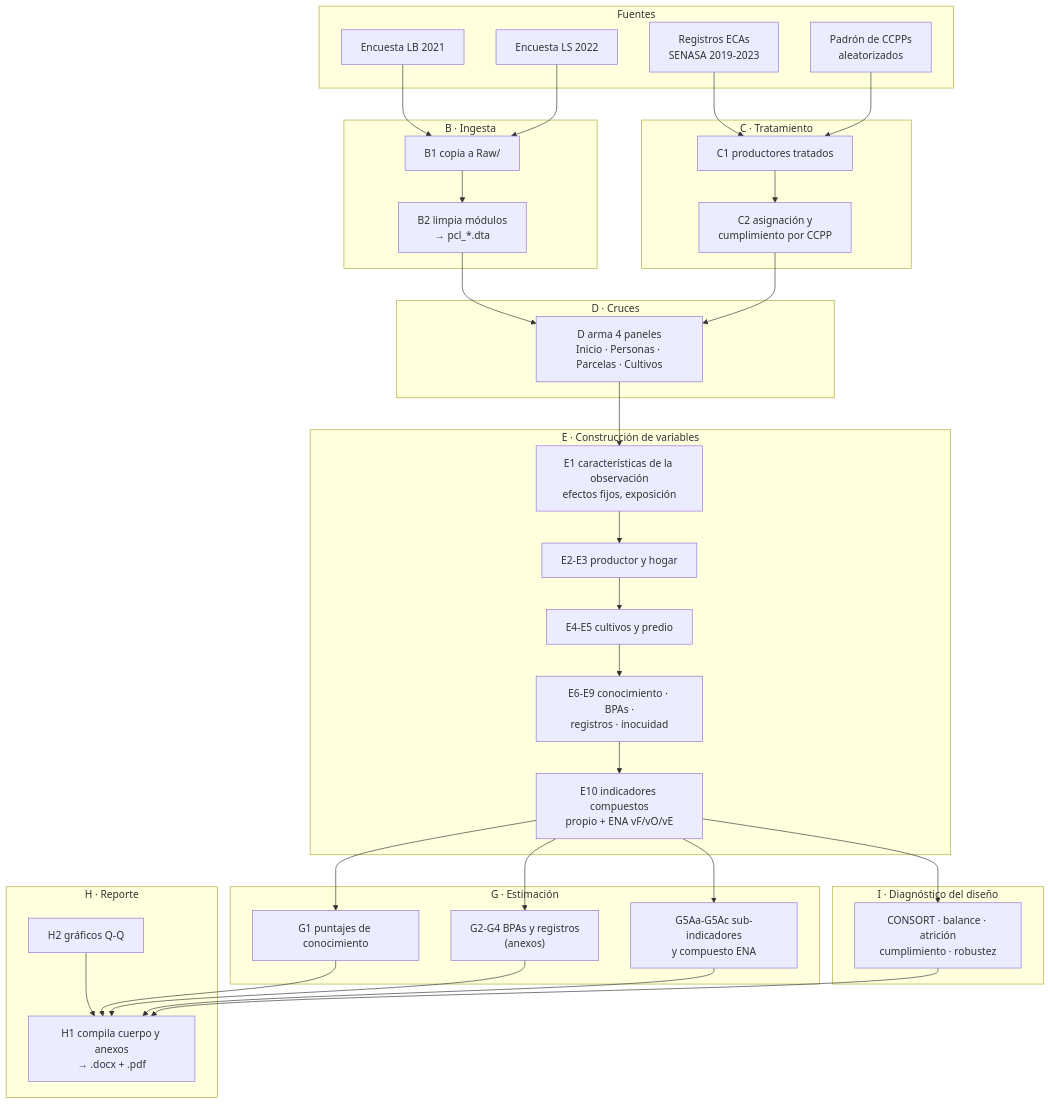
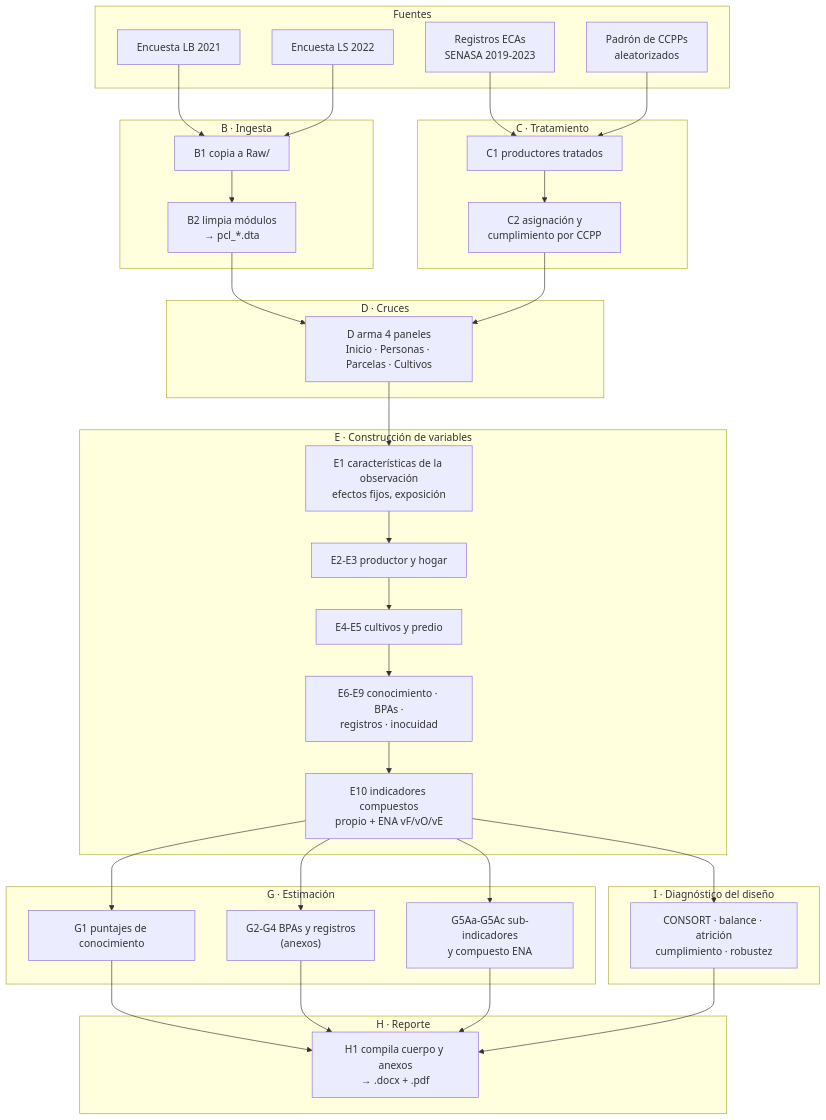
One commit to MigueMarena/ecas-peru-impact-evaluation changed the diagram in docs/pipeline.md. Above: the diagram before and after it, drawn with Mermaid. The commit also changed other lines of this file and 171 other files, not shown here.

````diff
--- a/docs/pipeline.md
+++ b/docs/pipeline.md
@@ -22,53 +22,52 @@
 ```mermaid
 flowchart TB
     subgraph FUENTE["Fuentes"]
         S1["Encuesta LB 2021"]
         S2["Encuesta LS 2022"]
         S3["Registros ECAs<br/>SENASA 2019-2023"]
         S4["Padrón de CCPPs<br/>aleatorizados"]
     end
 
     subgraph B["B · Ingesta"]
         B1["B1 copia a Raw/"]
         B2["B2 limpia módulos<br/>→ pcl_*.dta"]
     end
 
     subgraph C["C · Tratamiento"]
         C1["C1 productores tratados"]
         C2["C2 asignación y<br/>cumplimiento por CCPP"]
     end
 
     subgraph D["D · Cruces"]
         D1["D arma 4 paneles<br/>Inicio · Personas · Parcelas · Cultivos"]
     end
 
     subgraph E["E · Construcción de variables"]
         E1["E1 características de la observación<br/>efectos fijos, exposición"]
         E23["E2-E3 productor y hogar"]
         E45["E4-E5 cultivos y predio"]
         E69["E6-E9 conocimiento · BPAs ·<br/>registros · inocuidad"]
         E10["E10 indicadores compuestos<br/>propio + ENA vF/vO/vE"]
     end
 
     subgraph G["G · Estimación"]
         G1["G1 puntajes de conocimiento"]
         G24["G2-G4 BPAs y registros<br/>(anexos)"]
         G5["G5Aa-G5Ac sub-indicadores<br/>y compuesto ENA"]
     end
 
     subgraph I["I · Diagnóstico del diseño"]
         I1["CONSORT · balance · atrición<br/>cumplimiento · robustez"]
     end
 
     subgraph H["H · Reporte"]
-        H2["H2 gráficos Q-Q"]
         H1["H1 compila cuerpo y anexos<br/>→ .docx + .pdf"]
     end
 
     S1 & S2 --> B1 --> B2 --> D1
     S3 & S4 --> C1 --> C2 --> D1
     D1 --> E1 --> E23 --> E45 --> E69 --> E10
     E10 --> G1 & G24 & G5
     E10 --> I1
-    G1 & G24 & G5 & I1 & H2 --> H1
+    G1 & G24 & G5 & I1 --> H1
 ```
````
